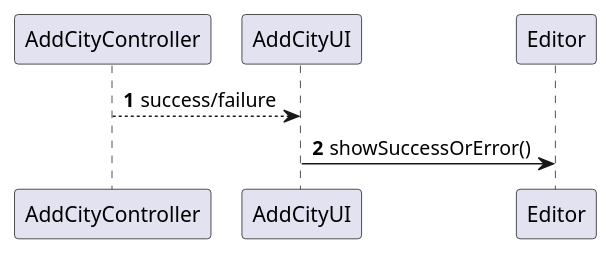
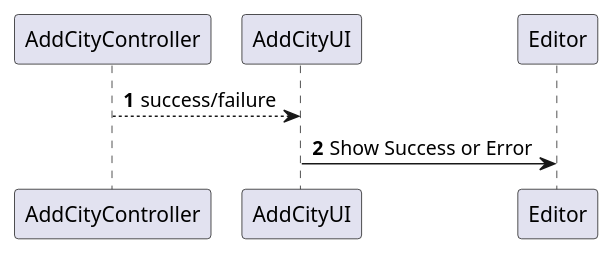
One commit to Andremonteiro1240850/railway_simulator changed the diagram in Sprint2/US03/03.design.us03/puml/US03-SD-partial-UI-feedback.puml. Above: the diagram before and after it, drawn with PlantUML. The commit also changed 6 other files, not shown here.

Commit message:
Diagrams Updated

```diff
--- a/Sprint2/US03/03.design.us03/puml/US03-SD-partial-UI-feedback.puml
+++ b/Sprint2/US03/03.design.us03/puml/US03-SD-partial-UI-feedback.puml
@@ -1,16 +1,16 @@
 @startuml
 'https://plantuml.com/sequence-diagram
 'skinparam monochrome true
 skinparam packageStyle rectangle
 skinparam shadowing false
 
 autonumber
 
 'hide footbox
 
 AddCityController --> AddCityUI : success/failure
 deactivate AddCityController
 
-AddCityUI -> Editor : showSuccessOrError()
+AddCityUI -> Editor : Show Success or Error
 deactivate AddCityUI
 @enduml
```
